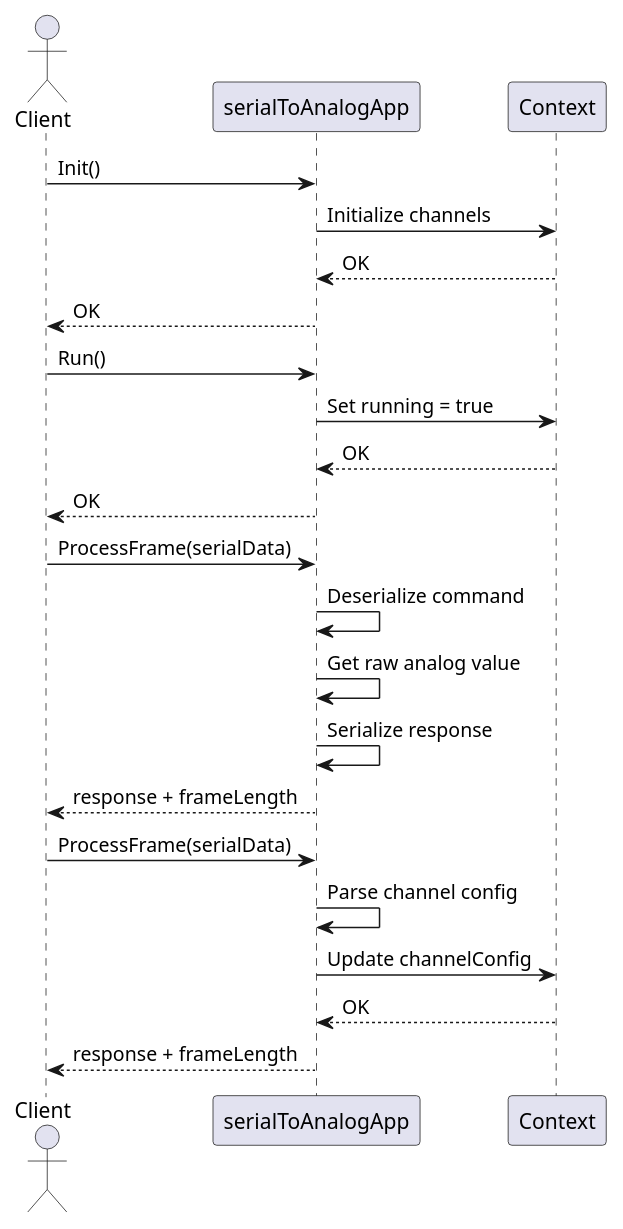
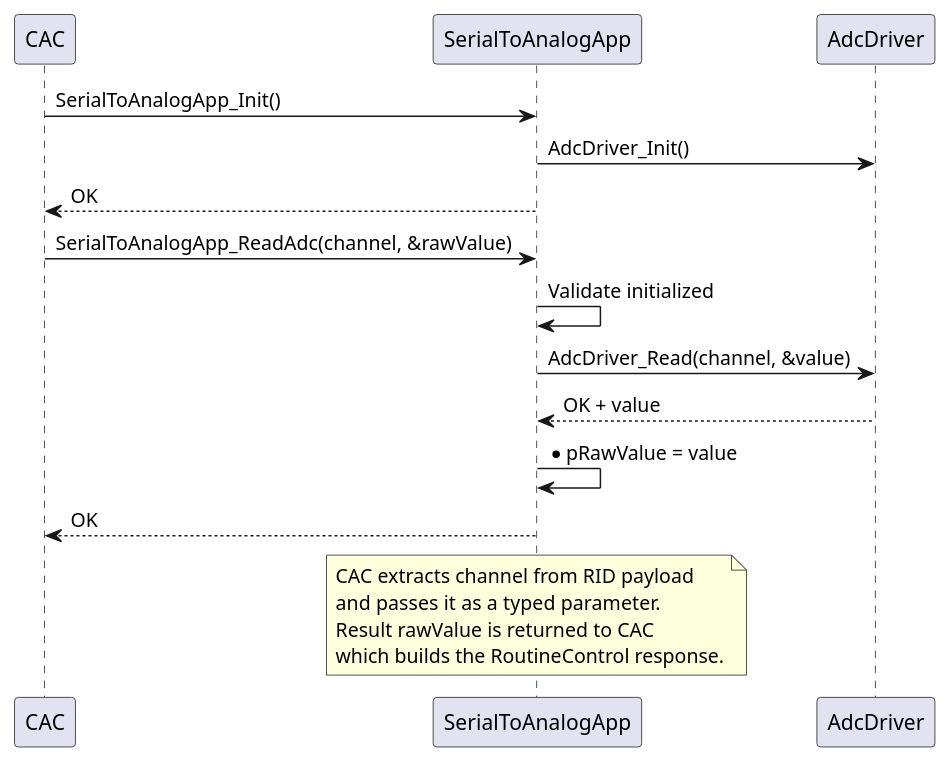
Before and after one commit to LinhTrucVo/Bico_Protocol_Bridge: the diagram in 3_swComp/layer3Application/serialToAnalogApp/2_design/serialToAnalogAppSequenceDiagram.puml, drawn with PlantUML. The commit also changed 87 other files, not shown here.

```diff
--- a/3_swComp/layer3Application/serialToAnalogApp/2_design/serialToAnalogAppSequenceDiagram.puml
+++ b/3_swComp/layer3Application/serialToAnalogApp/2_design/serialToAnalogAppSequenceDiagram.puml
@@ -1,27 +1,23 @@
 @startuml serialToAnalogAppSequenceDiagram
-actor Client
-participant "serialToAnalogApp" as app
-participant "Context" as ctx
+participant "CAC" as cac
+participant "SerialToAnalogApp" as app
+participant "AdcDriver" as drv
 
-Client -> app : Init()
-app -> ctx : Initialize channels
-ctx --> app : OK
-app --> Client : OK
+cac -> app : SerialToAnalogApp_Init()
+app -> drv : AdcDriver_Init()
+app --> cac : OK
 
-Client -> app : Run()
-app -> ctx : Set running = true
-ctx --> app : OK
-app --> Client : OK
+cac -> app : SerialToAnalogApp_ReadAdc(channel, &rawValue)
+app -> app : Validate initialized
+app -> drv : AdcDriver_Read(channel, &value)
+drv --> app : OK + value
+app -> app : *pRawValue = value
+app --> cac : OK
 
-Client -> app : ProcessFrame(serialData)
-app -> app : Deserialize command
-app -> app : Get raw analog value
-app -> app : Serialize response
-app --> Client : response + frameLength
-
-Client -> app : ProcessFrame(serialData)
-app -> app : Parse channel config
-app -> ctx : Update channelConfig
-ctx --> app : OK
-app --> Client : response + frameLength
+note over app
+  CAC extracts channel from RID payload
+  and passes it as a typed parameter.
+  Result rawValue is returned to CAC
+  which builds the RoutineControl response.
+end note
 @enduml
```
